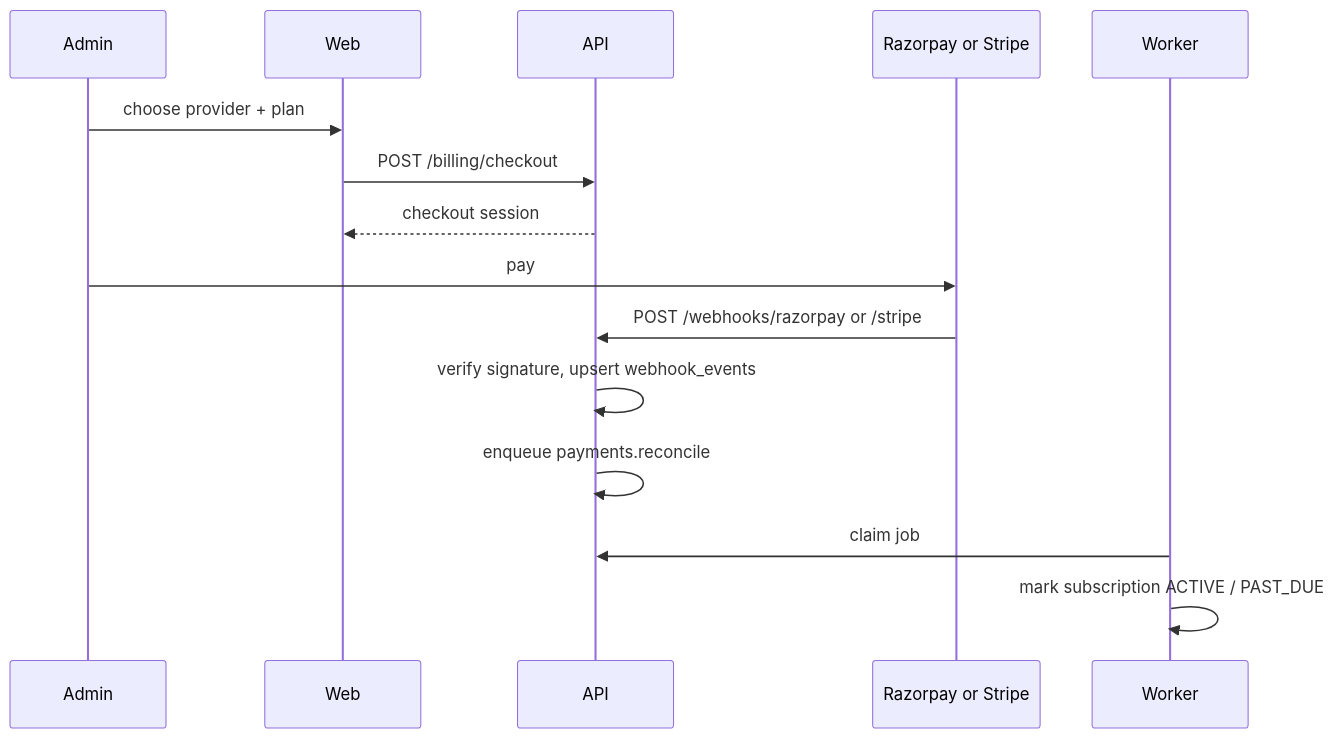
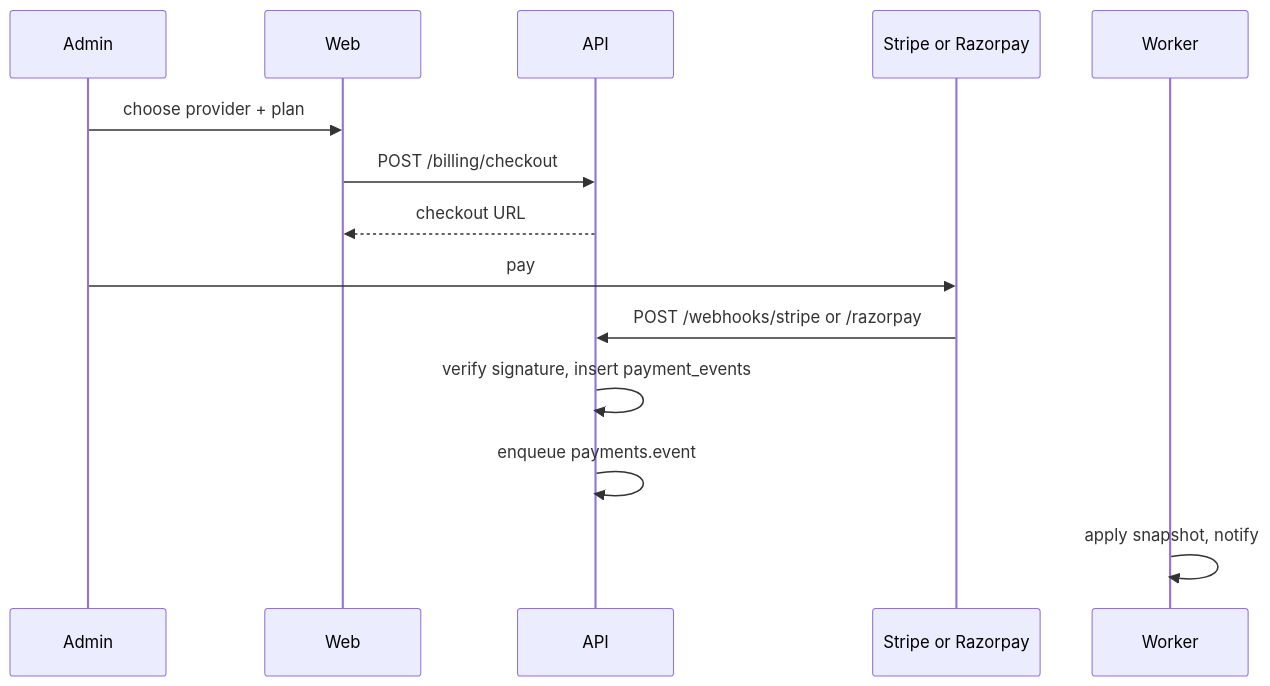
Before and after one commit to Raghurajpratapsingh28/Crm: the fourth of 6 diagrams in ARCHITECTURE.md, drawn with Mermaid. The commit also changed other lines of this file and 116 other files, not shown here.

````diff
--- a/ARCHITECTURE.md
+++ b/ARCHITECTURE.md
@@ -107,18 +109,17 @@
 ```mermaid
 sequenceDiagram
   participant Admin
   participant Web
   participant API
-  participant Provider as Razorpay or Stripe
+  participant Provider as Stripe or Razorpay
   participant Worker
 
   Admin->>Web: choose provider + plan
   Web->>API: POST /billing/checkout
-  API-->>Web: checkout session
+  API-->>Web: checkout URL
   Admin->>Provider: pay
-  Provider->>API: POST /webhooks/razorpay or /stripe
-  API->>API: verify signature, upsert webhook_events
-  API->>API: enqueue payments.reconcile
-  Worker->>API: claim job
-  Worker->>Worker: mark subscription ACTIVE / PAST_DUE
+  Provider->>API: POST /webhooks/stripe or /razorpay
+  API->>API: verify signature, insert payment_events
+  API->>API: enqueue payments.event
+  Worker->>Worker: apply snapshot, notify
 ```
````
